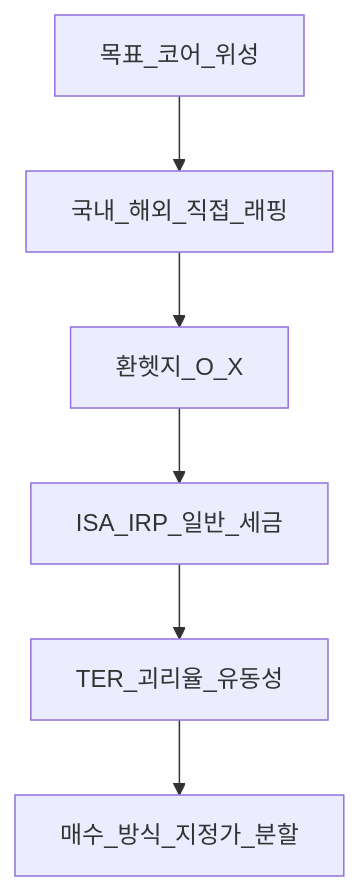
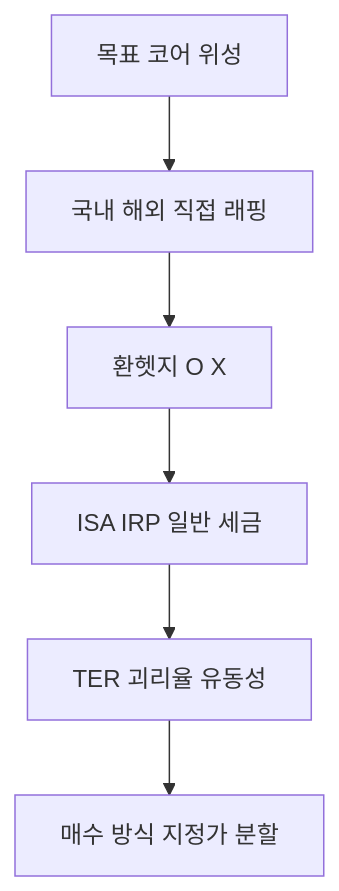
One commit to goldanghenry/Finances changed the second of 2 diagrams in 03-markets/etf-index-funds.md. Above: the diagram before and after it, drawn with Mermaid. The commit also changed other lines of this file and 211 other files, not shown here.

````diff
--- a/03-markets/etf-index-funds.md
+++ b/03-markets/etf-index-funds.md
@@ -128,8 +136,8 @@
 ```mermaid
 flowchart TD
-  Goal[목표_코어_위성] --> Geo[국내_해외_직접_래핑]
-  Geo --> FX[환헷지_O_X]
-  FX --> Tax[ISA_IRP_일반_세금]
-  Tax --> Cost[TER_괴리율_유동성]
-  Cost --> Buy[매수_방식_지정가_분할]
+  Goal["목표 코어 위성"] --> Geo["국내 해외 직접 래핑"]
+  Geo --> FX["환헷지 O X"]
+  FX --> Tax["ISA IRP 일반 세금"]
+  Tax --> Cost["TER 괴리율 유동성"]
+  Cost --> Buy["매수 방식 지정가 분할"]
 ```
````
